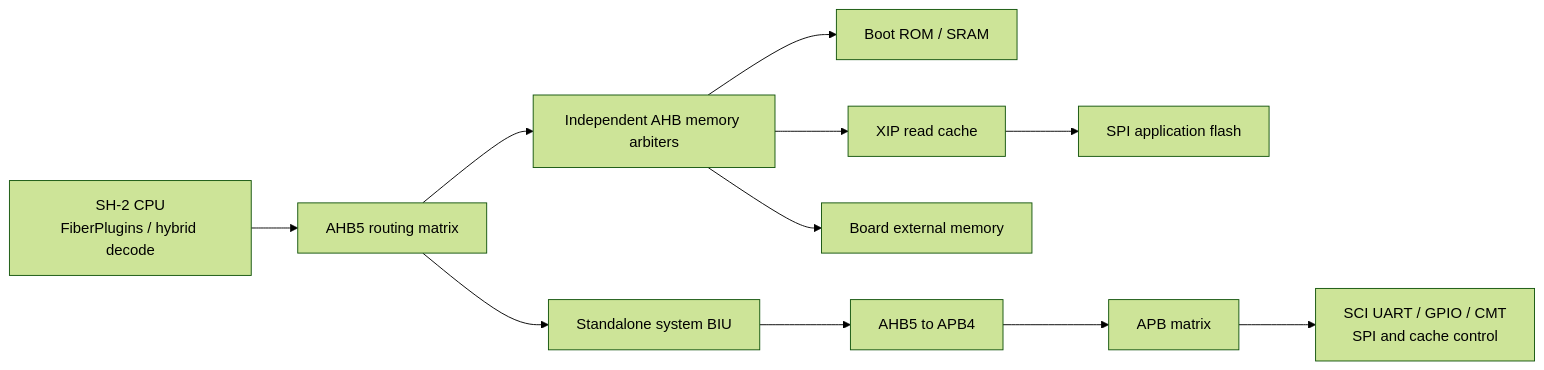
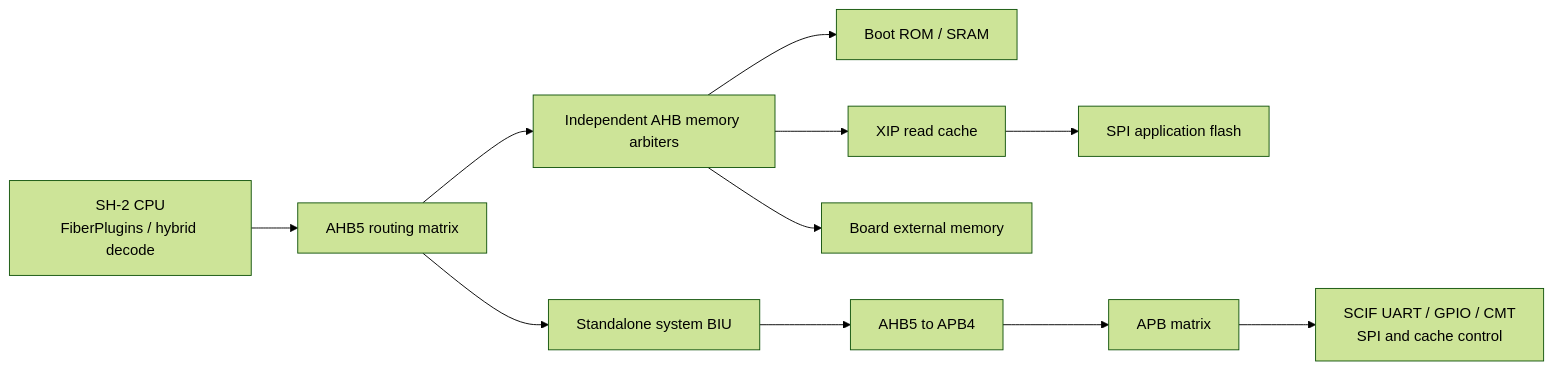
Before and after one commit to PreviousVOD/VexJ2: the diagram in README.md, drawn with Mermaid (forest theme). The commit also changed other lines of this file and 44 other files, not shown here.

Commit message:
Rename J2SCI to J2SCIF and cover all asynchronous frame formats

````diff
--- a/README.md
+++ b/README.md
@@ -36,13 +36,13 @@
 ```mermaid
 flowchart LR
   CPU["SH-2 CPU<br/>FiberPlugins / hybrid decode"] --> BUS["AHB5 routing matrix"]
   BUS --> ARB["Independent AHB memory arbiters"]
   ARB --> MEM["Boot ROM / SRAM"]
   ARB --> CACHE["XIP read cache"]
   CACHE --> SPI["SPI application flash"]
   ARB --> EXT["Board external memory"]
   BUS --> BIU["Standalone system BIU"]
   BIU --> BRIDGE["AHB5 to APB4"]
   BRIDGE --> APB["APB matrix"]
-  APB --> IO["SCI UART / GPIO / CMT<br/>SPI and cache control"]
+  APB --> IO["SCIF UART / GPIO / CMT<br/>SPI and cache control"]
 ```
````
